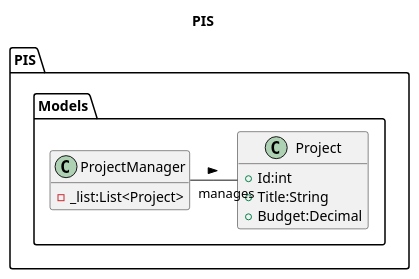
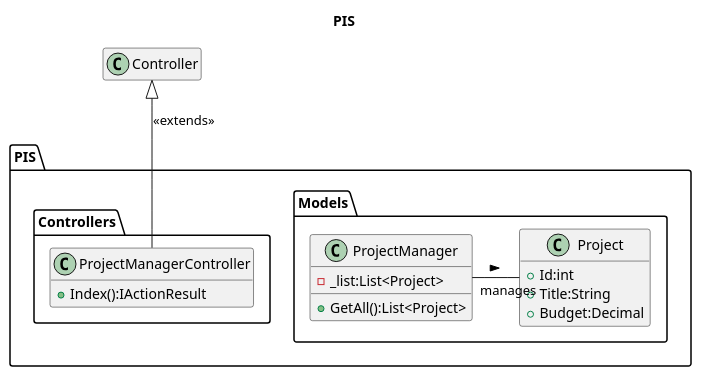
Before and after one commit to zcomert/project-information-system: the diagram in UMLs/PIS.wsd, drawn with PlantUML. The commit also changed 2 other files, not shown here.

```diff
--- a/UMLs/PIS.wsd
+++ b/UMLs/PIS.wsd
@@ -1,22 +1,35 @@
 @startuml
 title PIS
 
 package PIS.Models
 {
     class Project
     {
         +Id:int
         +Title:String
         +Budget:Decimal
     }
 
     class ProjectManager
     {
         -_list:List<Project>
+        +GetAll():List<Project>
     }
 }
 
+package PIS.Controllers 
+{
+    class ProjectManagerController{
+        +Index():IActionResult
+    }
+}
+
+class Controller{}
+
 ProjectManager - Project : > "manages"
+ProjectManagerController -up-|> Controller : "<<extends>>"
+
+
 
 hide empty members
 @enduml
```
